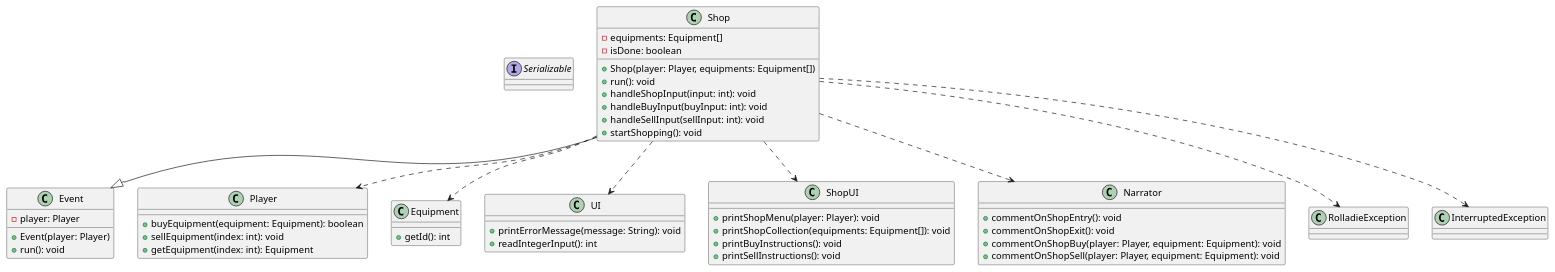
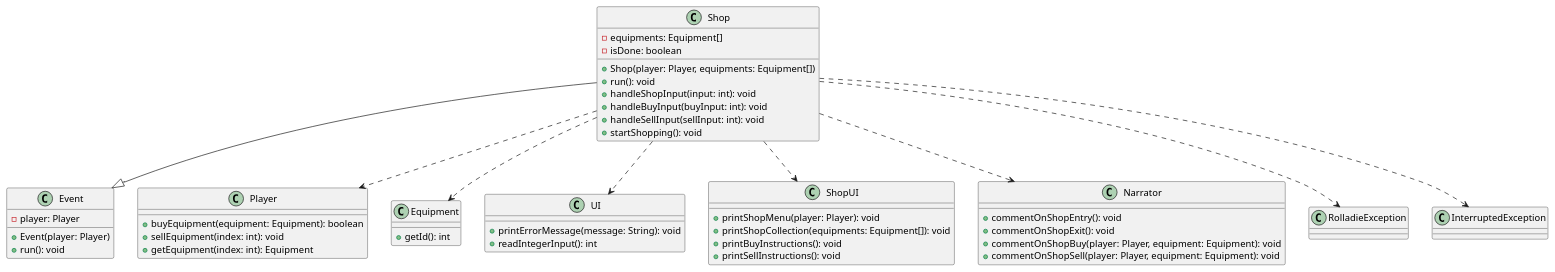
The diagram in docs/diagrams/shopClass.puml (zavsky/tp), drawn with PlantUML before and after one commit. The commit also changed 18 other files, not shown here.

```diff
--- a/docs/diagrams/shopClass.puml
+++ b/docs/diagrams/shopClass.puml
@@ -1,66 +1,65 @@
 @startuml
 
 ' Interfaces and Base Classes
-interface Serializable
 class Event {
     - player: Player
     + Event(player: Player)
     + run(): void
 }
 
 ' Main Class
 class Shop {
     - equipments: Equipment[]
     - isDone: boolean
     + Shop(player: Player, equipments: Equipment[])
     + run(): void
     + handleShopInput(input: int): void
     + handleBuyInput(buyInput: int): void
     + handleSellInput(sellInput: int): void
     + startShopping(): void
 }
 
 ' Other Classes
 class Player {
     + buyEquipment(equipment: Equipment): boolean
     + sellEquipment(index: int): void
     + getEquipment(index: int): Equipment
 }
 
 class Equipment {
     + getId(): int
 }
 
 class UI {
     + printErrorMessage(message: String): void
     + readIntegerInput(): int
 }
 
 class ShopUI {
     + printShopMenu(player: Player): void
     + printShopCollection(equipments: Equipment[]): void
     + printBuyInstructions(): void
     + printSellInstructions(): void
 }
 
 class Narrator {
     + commentOnShopEntry(): void
     + commentOnShopExit(): void
     + commentOnShopBuy(player: Player, equipment: Equipment): void
     + commentOnShopSell(player: Player, equipment: Equipment): void
 }
 
 class RolladieException
 class InterruptedException
 
 ' Relationships
 Shop --|> Event
 Shop ..> Player
 Shop ..> Equipment
 Shop ..> UI
 Shop ..> ShopUI
 Shop ..> Narrator
 Shop ..> RolladieException
 Shop ..> InterruptedException
 
 @enduml
```
